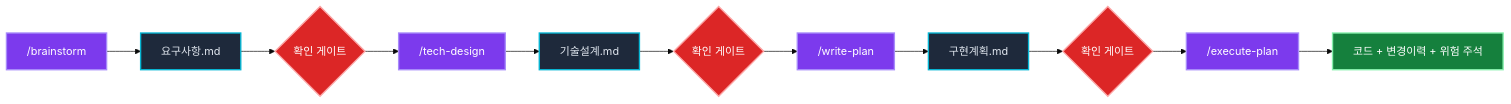
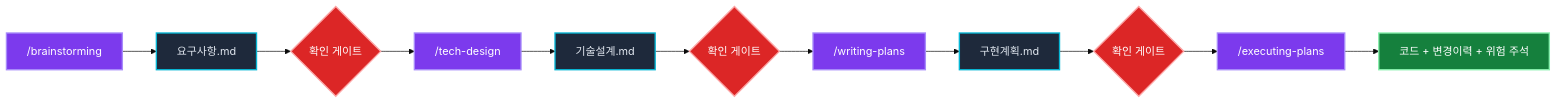
One commit to deokjinlog/intent-locked-workflow changed the first of 7 diagrams in README.md. Above: the diagram before and after it, drawn with Mermaid (base theme). The commit also changed other lines of this file and 29 other files, not shown here.

First line of the commit message:
refactor: 껍데기 워크플로우 명령 8개 제거 → 스킬 단일화 (v0.9.0)

````diff
--- a/README.md
+++ b/README.md
@@ -81,18 +81,18 @@
 ```mermaid
 flowchart LR
     classDef cmd fill:#7c3aed,stroke:#a78bfa,color:#fff,stroke-width:2px
     classDef doc fill:#1e293b,stroke:#06b6d4,color:#e2e8f0,stroke-width:2px
     classDef gate fill:#dc2626,stroke:#fca5a5,color:#fff,stroke-width:2px
     classDef out fill:#15803d,stroke:#86efac,color:#fff,stroke-width:2px
 
-    A["/brainstorm"]:::cmd --> B[요구사항.md]:::doc
+    A["/brainstorming"]:::cmd --> B[요구사항.md]:::doc
     B --> G1{확인 게이트}:::gate
     G1 --> C["/tech-design"]:::cmd
     C --> D[기술설계.md]:::doc
     D --> G2{확인 게이트}:::gate
-    G2 --> E["/write-plan"]:::cmd
+    G2 --> E["/writing-plans"]:::cmd
     E --> F[구현계획.md]:::doc
     F --> G3{확인 게이트}:::gate
-    G3 --> H["/execute-plan"]:::cmd
+    G3 --> H["/executing-plans"]:::cmd
     H --> I[코드 + 변경이력 + 위험 주석]:::out
 ```
````
